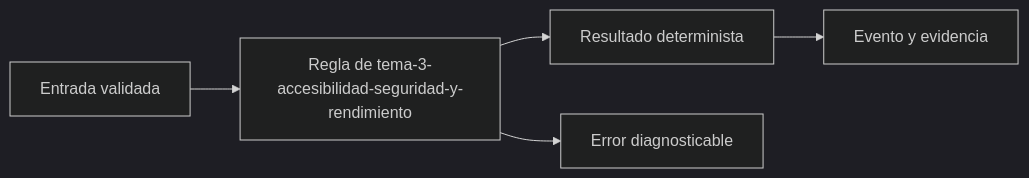
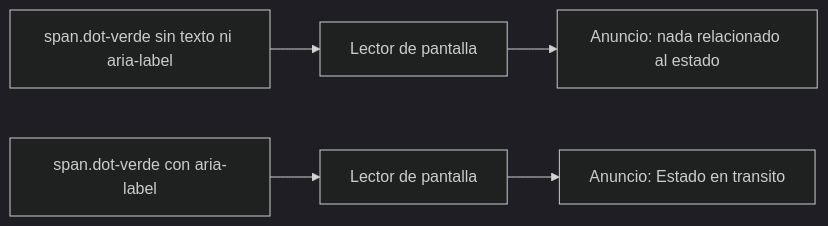
The sixth of 6 diagrams in web/public/content/rutaflow/modulo-3.md (NICORUIZ93/Academia_Floci), drawn with Mermaid (dark theme) before and after one commit. The commit also changed other lines of this file and 56 other files, not shown here.

````diff
--- a/web/public/content/rutaflow/modulo-3.md
+++ b/web/public/content/rutaflow/modulo-3.md
@@ -222,7 +342,7 @@
 ```mermaid
 flowchart LR
-  A[Entrada validada] --> B[Regla de tema-3-accesibilidad-seguridad-y-rendimiento]
-  B --> C[Resultado determinista]
-  C --> D[Evento y evidencia]
-  B --> E[Error diagnosticable]
+  A[span.dot-verde sin texto ni aria-label] --> B[Lector de pantalla]
+  B --> C[Anuncio: nada relacionado al estado]
+  D[span.dot-verde con aria-label] --> E[Lector de pantalla]
+  E --> F[Anuncio: Estado en transito]
 ```
````
